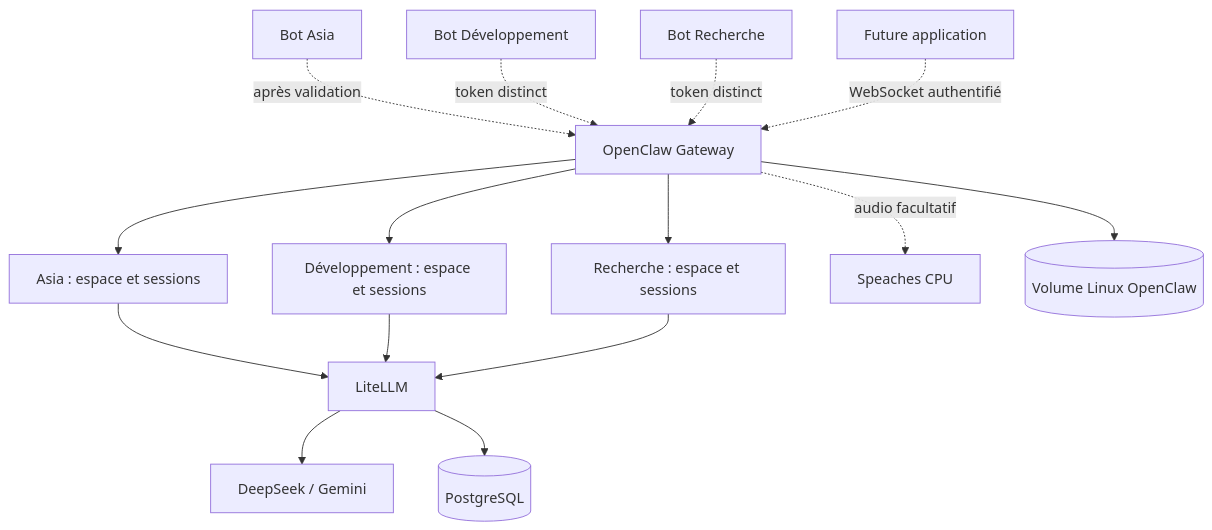
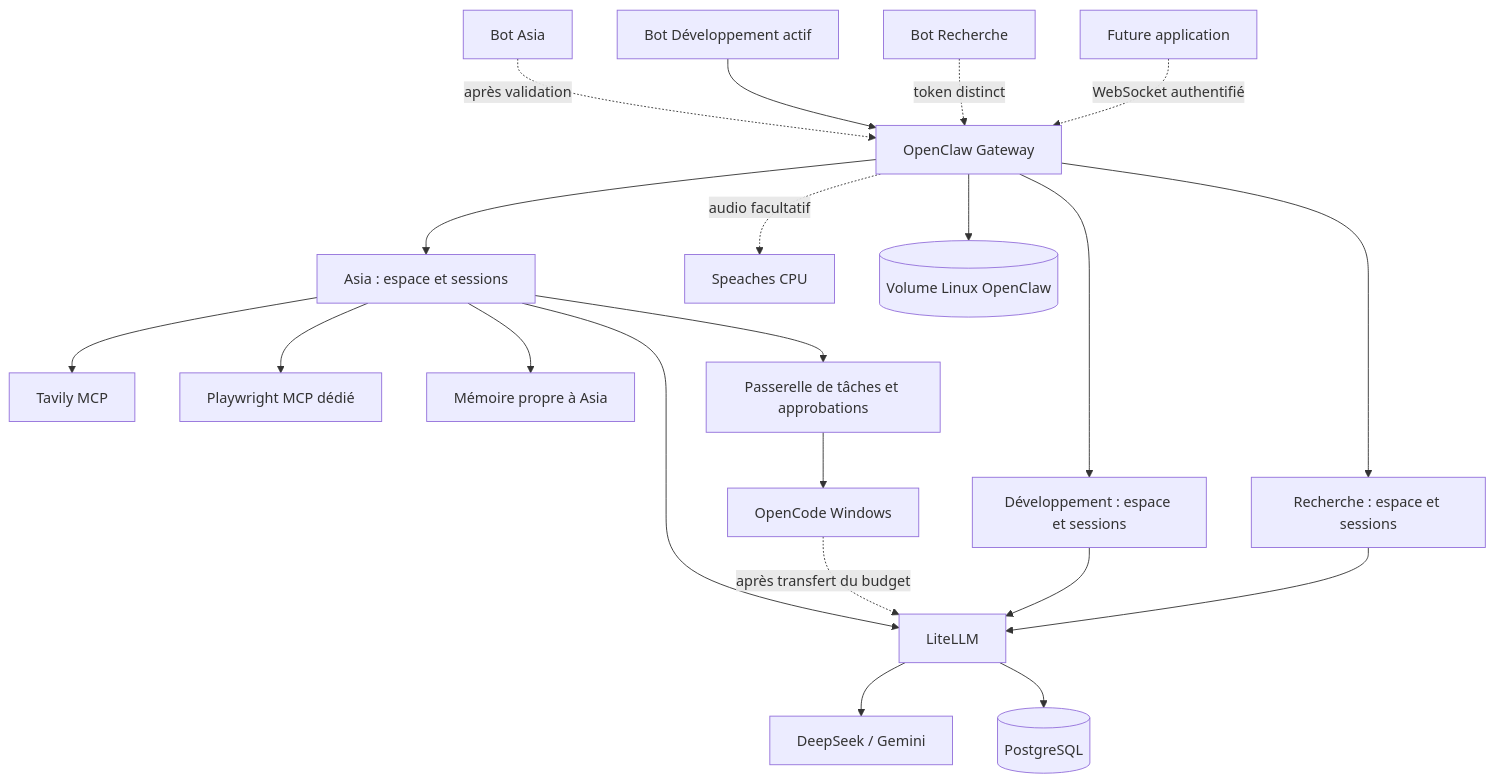
One commit to Abdourahmandev/Platforme_agentique changed the diagram in documentation/architecture.md. Above: the diagram before and after it, drawn with Mermaid. The commit also changed other lines of this file and 28 other files, not shown here.

Commit message:
Prepare Asia handoff with scoped connectors and Windows task approvals

````diff
--- a/documentation/architecture.md
+++ b/documentation/architecture.md
@@ -9,17 +9,23 @@
 ```mermaid
 flowchart TD
     TA[Bot Asia] -. après validation .-> O[OpenClaw Gateway]
-    TD[Bot Développement] -. token distinct .-> O
+    TD[Bot Développement actif] --> O
     TR[Bot Recherche] -. token distinct .-> O
     APP[Future application] -. WebSocket authentifié .-> O
     O --> A[Asia : espace et sessions]
     O --> D[Développement : espace et sessions]
     O --> R[Recherche : espace et sessions]
     A --> L[LiteLLM]
+    A --> T[Tavily MCP]
+    A --> B[Playwright MCP dédié]
+    A --> MM[Mémoire propre à Asia]
+    A --> BR[Passerelle de tâches et approbations]
+    BR --> OC[OpenCode Windows]
+    OC -. après transfert du budget .-> L
     D --> L
     R --> L
     L --> M[DeepSeek / Gemini]
     L --> P[(PostgreSQL)]
     O -. audio facultatif .-> S[Speaches CPU]
     O --> V[(Volume Linux OpenClaw)]
 ```
````
